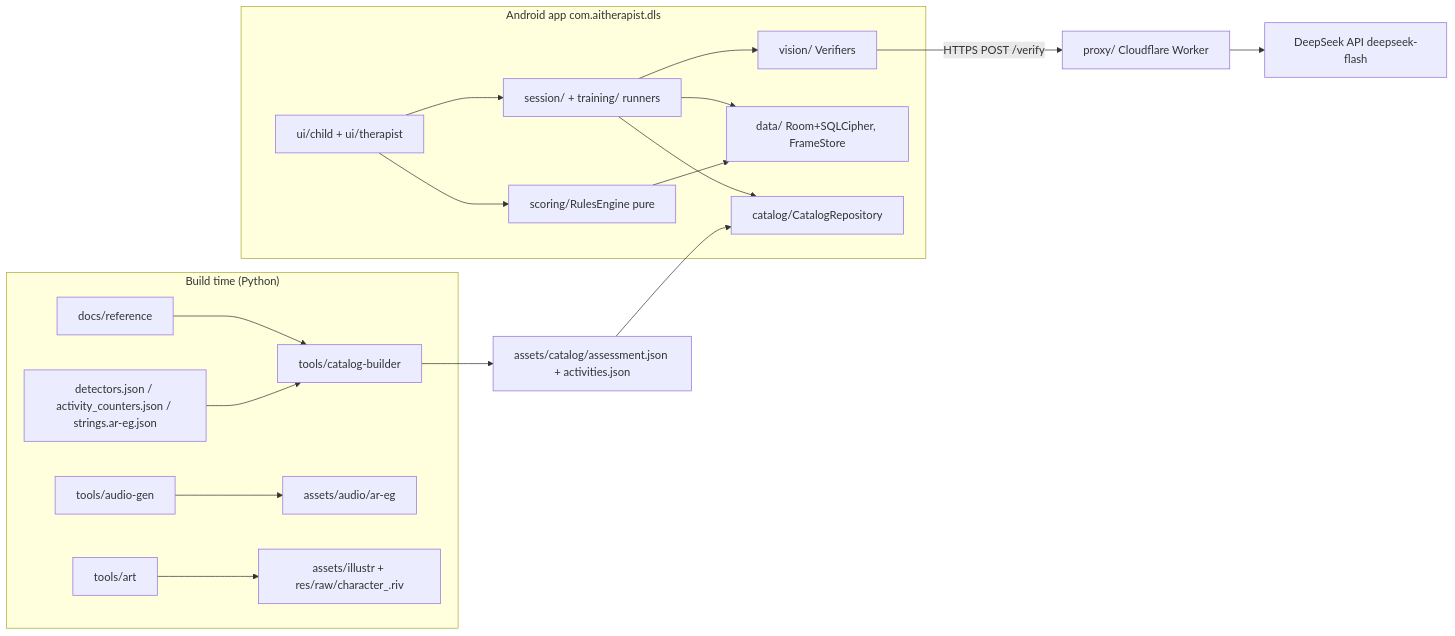
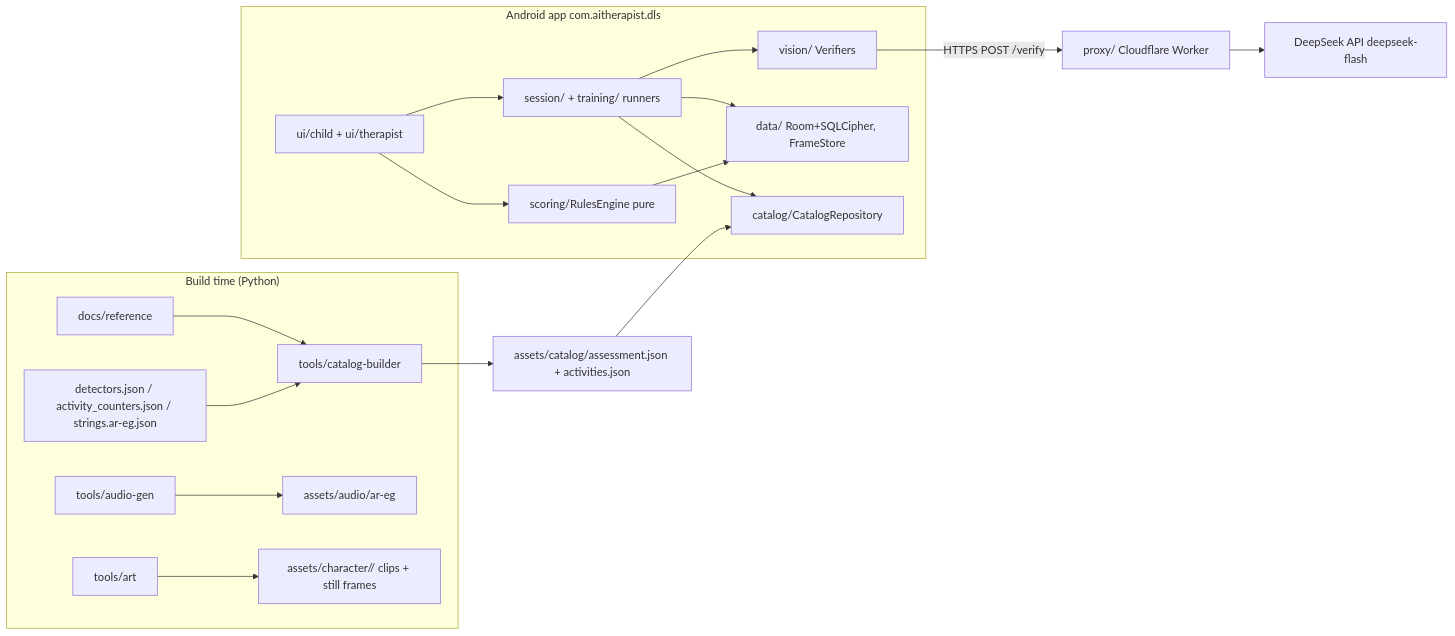
The first of 4 diagrams in _bmad-output/planning-artifacts/architecture/architecture-Ai therapist-2026-11-11/ARCHITECTURE-SPINE.md (bosamraprivate-cloud/skill-motion), drawn with Mermaid before and after one commit. The commit also changed other lines of this file and 14 other files, not shown here.

First line of the commit message:
docs(plan): character video modeling with reaction and per-step demonstration clips

````diff
--- a/_bmad-output/planning-artifacts/architecture/architecture-Ai therapist-2026-11-11/ARCHITECTURE-SPINE.md
+++ b/_bmad-output/planning-artifacts/architecture/architecture-Ai therapist-2026-11-11/ARCHITECTURE-SPINE.md
@@ -31,21 +31,21 @@
 ```mermaid
 flowchart LR
   subgraph Build["Build time (Python)"]
     REF[docs/reference] --> CB[tools/catalog-builder]
     DET[detectors.json / activity_counters.json / strings.ar-eg.json] --> CB
     AG[tools/audio-gen] --> AUD[assets/audio/ar-eg]
-    ART[tools/art] --> ILL[assets/illustr + res/raw/character_<variant>.riv]
+    ART[tools/art] --> ILL[assets/character/<variant>/ clips + still frames]
   end
   CB --> CAT[assets/catalog/assessment.json + activities.json]
   subgraph App["Android app com.aitherapist.dls"]
     UI[ui/child + ui/therapist] --> RUN[session/ + training/ runners]
     RUN --> VER[vision/ Verifiers]
     RUN --> DATA[data/ Room+SQLCipher, FrameStore]
     UI --> RE[scoring/RulesEngine pure]
     RE --> DATA
     RUN --> CATR[catalog/CatalogRepository]
   end
   CAT --> CATR
   VER -- HTTPS POST /verify --> PX[proxy/ Cloudflare Worker]
   PX --> DS[DeepSeek API deepseek-flash]
 ```
````
